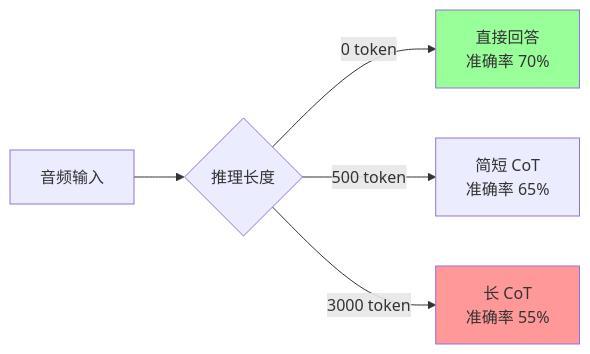
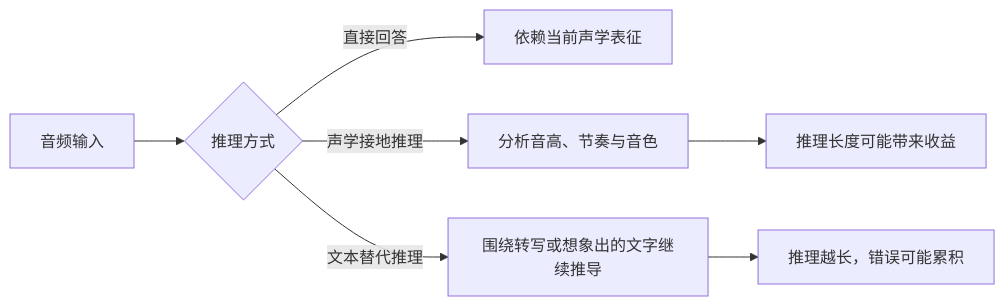
The first of 4 diagrams in docs/chapter27_audio_rl/reward-design.md (birhantprkc/hands-on-modern-rl), drawn with Mermaid before and after one commit. The commit also changed other lines of this file and 59 other files, not shown here.

````diff
--- a/docs/chapter27_audio_rl/reward-design.md
+++ b/docs/chapter27_audio_rl/reward-design.md
@@ -61,9 +189,9 @@
 ```mermaid
 graph LR
-    A[音频输入] --> B{推理长度}
-    B -->|0 token| C[直接回答<br/>准确率 70%]
-    B -->|500 token| D[简短 CoT<br/>准确率 65%]
-    B -->|3000 token| E[长 CoT<br/>准确率 55%]
-    style C fill:#9f9
-    style E fill:#f99
+    A[音频输入] --> B{推理方式}
+    B -->|直接回答| C[依赖当前声学表征]
+    B -->|声学接地推理| D[分析音高、节奏与音色]
+    B -->|文本替代推理| E[围绕转写或想象出的文字继续推导]
+    D --> F[推理长度可能带来收益]
+    E --> G[推理越长，错误可能累积]
 ```
````
